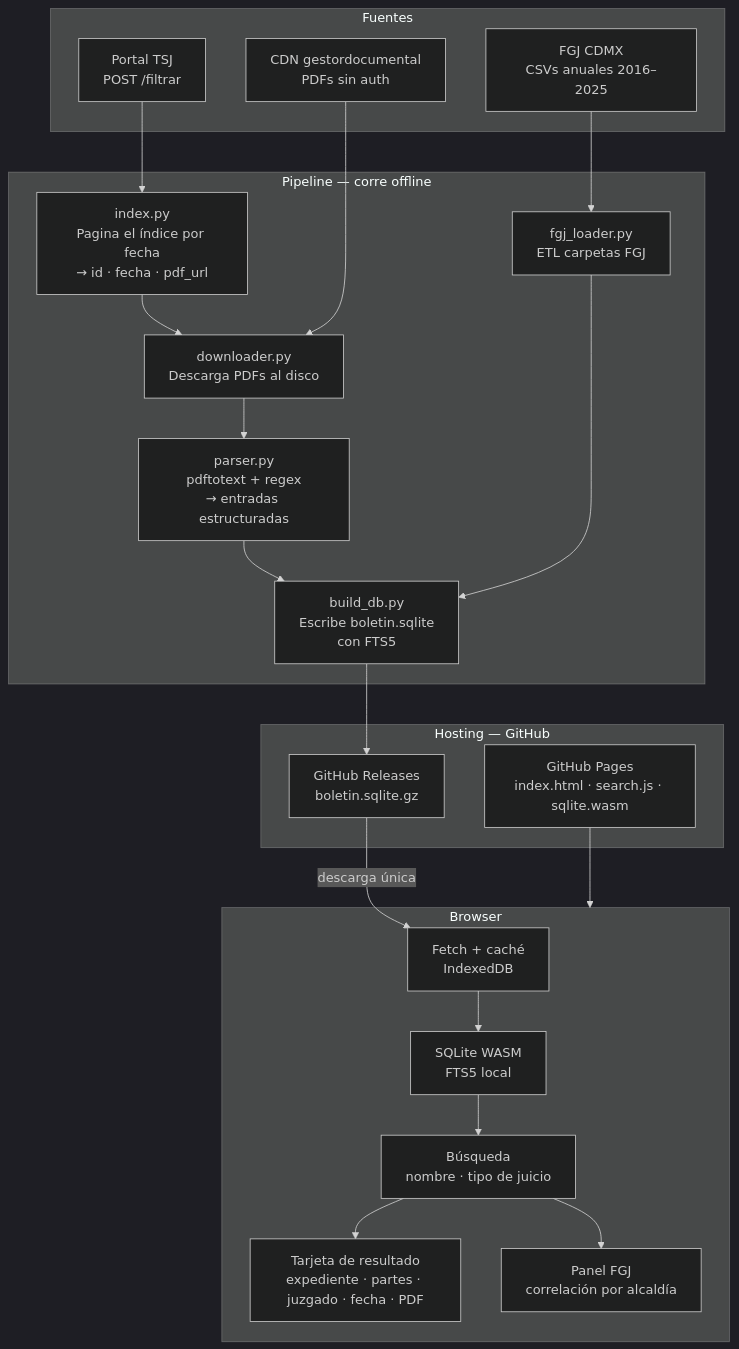
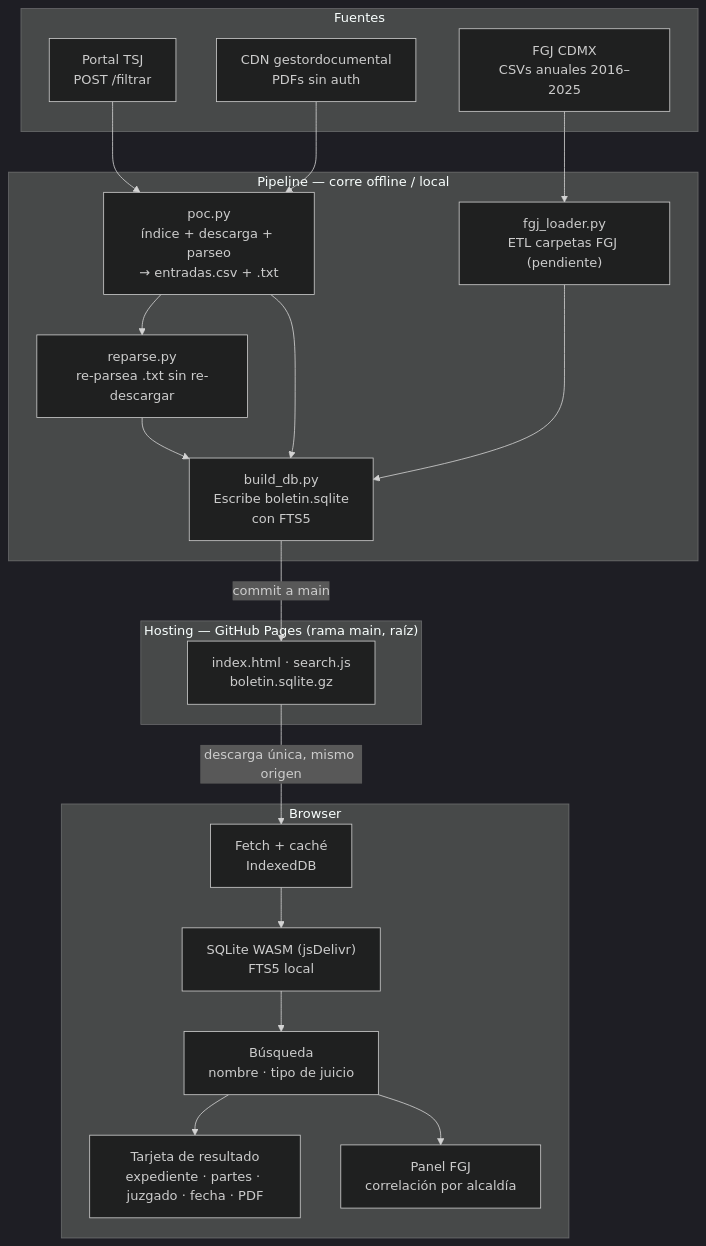
Before and after one commit to bandatos/boletin-judicial-cdmx: the diagram in ARQUITECTURA.md, drawn with Mermaid (dark theme). The commit also changed other lines of this file and 11 other files, not shown here.

````diff
--- a/ARQUITECTURA.md
+++ b/ARQUITECTURA.md
@@ -5,37 +5,36 @@
 ```mermaid
 flowchart TD
     subgraph src["Fuentes"]
         A["Portal TSJ\nPOST /filtrar"]
         B["CDN gestordocumental\nPDFs sin auth"]
         C["FGJ CDMX\nCSVs anuales 2016–2025"]
     end
 
-    subgraph pipeline["Pipeline — corre offline"]
-        D["index.py\nPagina el índice por fecha\n→ id · fecha · pdf_url"]
-        E["downloader.py\nDescarga PDFs al disco"]
-        F["parser.py\npdftotext + regex\n→ entradas estructuradas"]
-        G["fgj_loader.py\nETL carpetas FGJ"]
+    subgraph pipeline["Pipeline — corre offline / local"]
+        D["poc.py\níndice + descarga + parseo\n→ entradas.csv + .txt"]
+        E["reparse.py\nre-parsea .txt sin re-descargar"]
+        G["fgj_loader.py\nETL carpetas FGJ (pendiente)"]
         H["build_db.py\nEscribe boletin.sqlite\ncon FTS5"]
     end
 
-    subgraph hosting["Hosting — GitHub"]
-        I["GitHub Releases\nboletin.sqlite.gz"]
-        J["GitHub Pages\nindex.html · search.js · sqlite.wasm"]
+    subgraph hosting["Hosting — GitHub Pages (rama main, raíz)"]
+        J["index.html · search.js\nboletin.sqlite.gz"]
     end
 
     subgraph browser["Browser"]
         K["Fetch + caché\nIndexedDB"]
-        L["SQLite WASM\nFTS5 local"]
+        L["SQLite WASM (jsDelivr)\nFTS5 local"]
         M["Búsqueda\nnombre · tipo de juicio"]
         N["Tarjeta de resultado\nexpediente · partes · juzgado · fecha · PDF"]
         O["Panel FGJ\ncorrelación por alcaldía"]
     end
 
-    A --> D --> E
-    B --> E --> F --> H
+    A --> D
+    B --> D
+    D --> E --> H
+    D --> H
     C --> G --> H
-    H --> I
-    J --> browser
-    I -->|descarga única| K --> L
+    H -->|commit a main| J
+    J -->|descarga única, mismo origen| K --> L
     L --> M --> N & O
 ```
````
